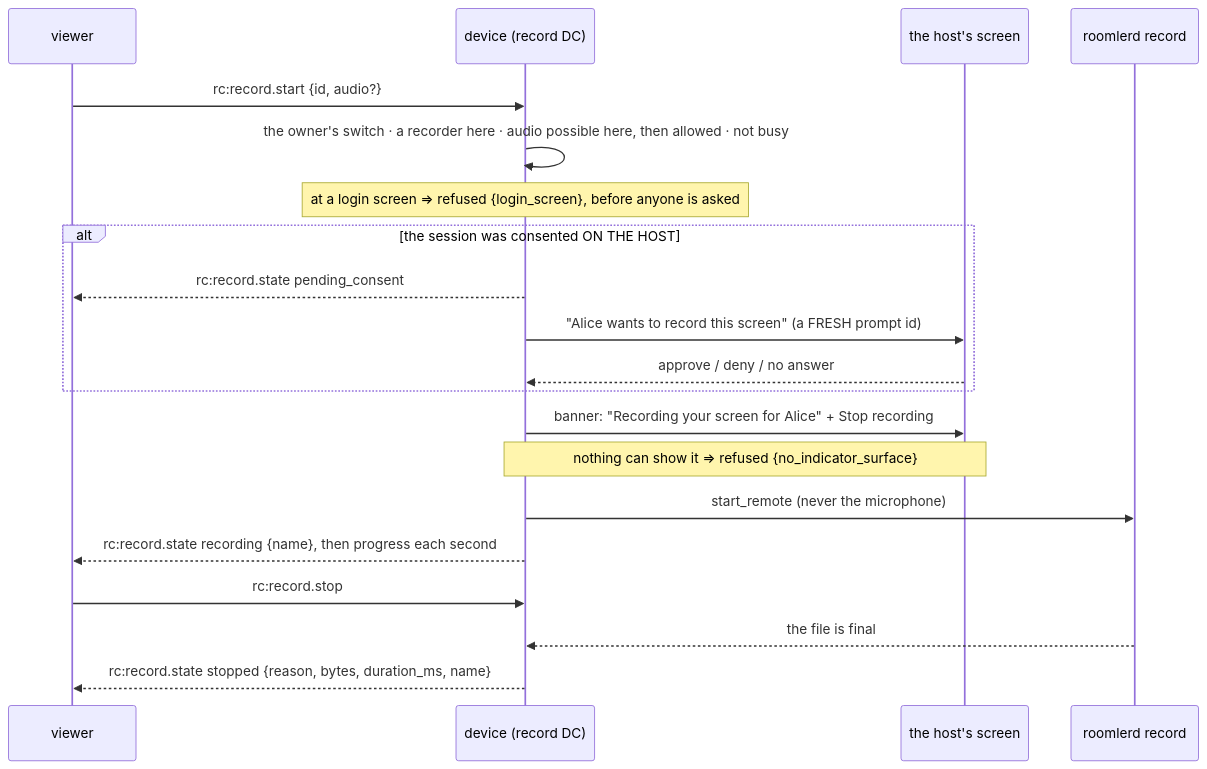
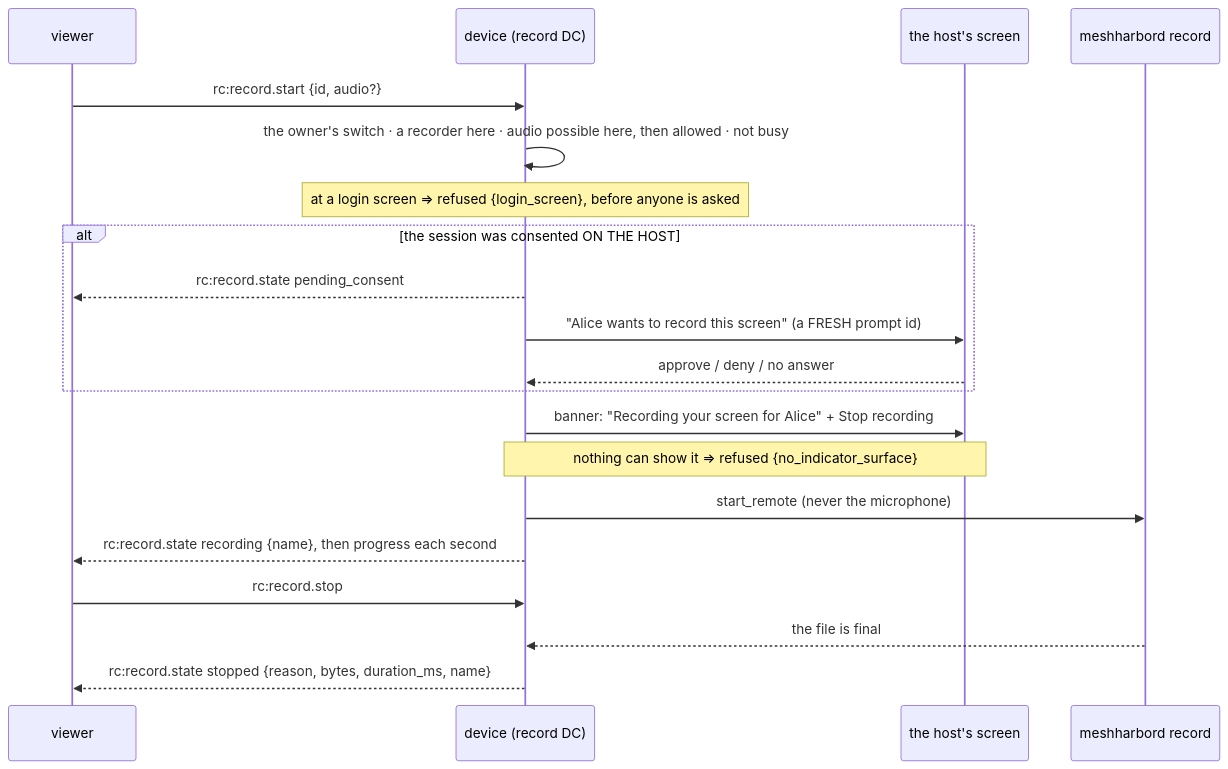
The tenth of 15 diagrams in docs/recording.md (jk-zhang-meta/MeshHarbor), drawn with Mermaid before and after one commit. The commit also changed other lines of this file and 682 other files, not shown here.

````diff
--- a/docs/recording.md
+++ b/docs/recording.md
@@ -816,23 +816,23 @@
 ```mermaid
 sequenceDiagram
     participant V as viewer
     participant D as device (record DC)
     participant H as the host's screen
-    participant R as roomlerd record
+    participant R as meshharbord record
 
     V->>D: rc:record.start {id, audio?}
     D->>D: the owner's switch · a recorder here · audio possible here, then allowed · not busy
     Note over D: at a login screen ⇒ refused {login_screen}, before anyone is asked
     alt the session was consented ON THE HOST
         D-->>V: rc:record.state pending_consent
         D->>H: "Alice wants to record this screen" (a FRESH prompt id)
         H-->>D: approve / deny / no answer
     end
     D->>H: banner: "Recording your screen for Alice" + Stop recording
     Note over D,H: nothing can show it ⇒ refused {no_indicator_surface}
     D->>R: start_remote (never the microphone)
     D-->>V: rc:record.state recording {name}, then progress each second
     V->>D: rc:record.stop
     R-->>D: the file is final
     D-->>V: rc:record.state stopped {reason, bytes, duration_ms, name}
 ```
````
